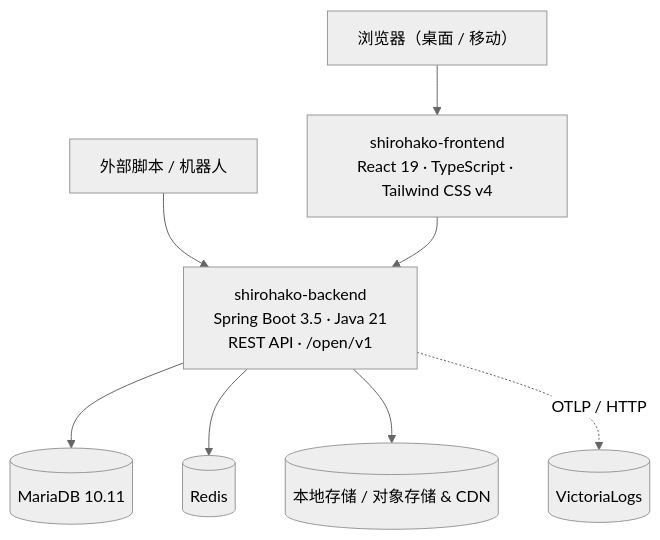
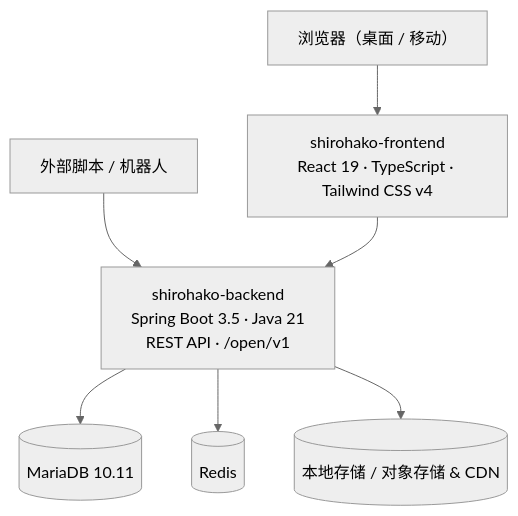
The second of 2 diagrams in README.md (longlian-online/ShiroHako), drawn with Mermaid (neutral theme) before and after one commit. The commit also changed other lines of this file, not shown here.

Commit message:
docs: remove hardcoded VictoriaLogs and observability references

````diff
--- a/README.md
+++ b/README.md
@@ -121,10 +121,9 @@
 ```mermaid
 flowchart TB
     User["浏览器（桌面 / 移动）"] --> FE["shirohako-frontend<br/>React 19 · TypeScript · Tailwind CSS v4"]
     Bot["外部脚本 / 机器人"] --> API["shirohako-backend<br/>Spring Boot 3.5 · Java 21<br/>REST API · /open/v1"]
     FE --> API
     API --> DB[("MariaDB 10.11")]
     API --> Cache[("Redis")]
     API --> Storage[("本地存储 / 对象存储 & CDN")]
-    API -. "OTLP / HTTP" .-> Logs[("VictoriaLogs")]
 ```
````
